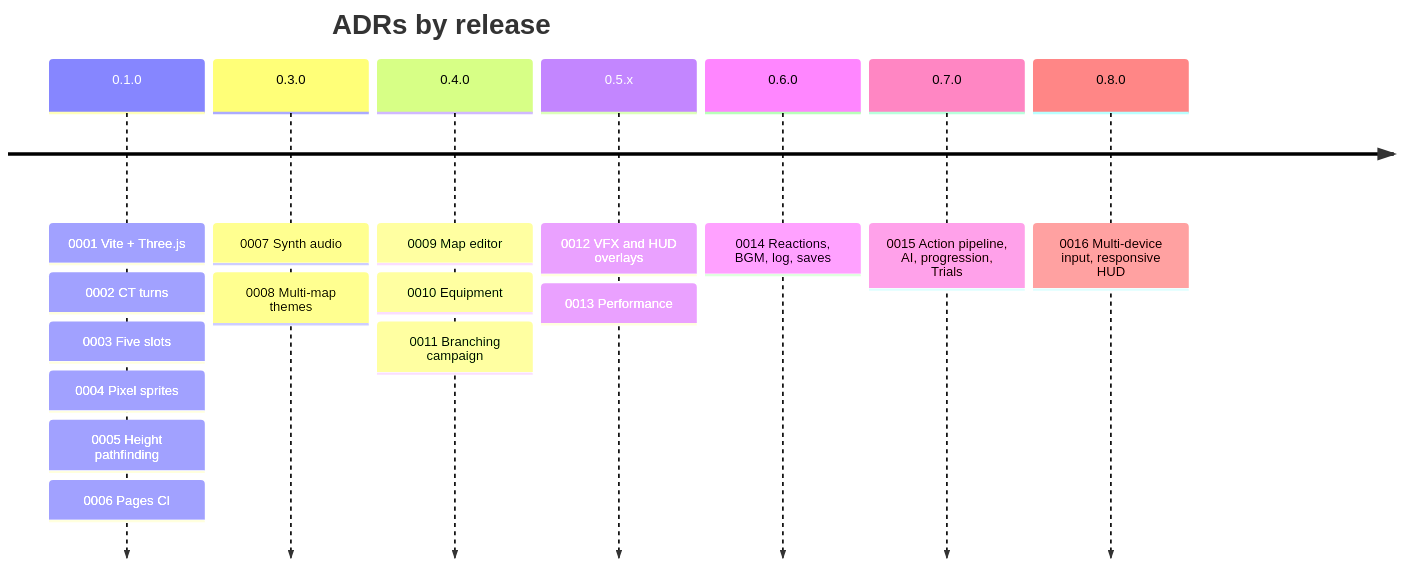
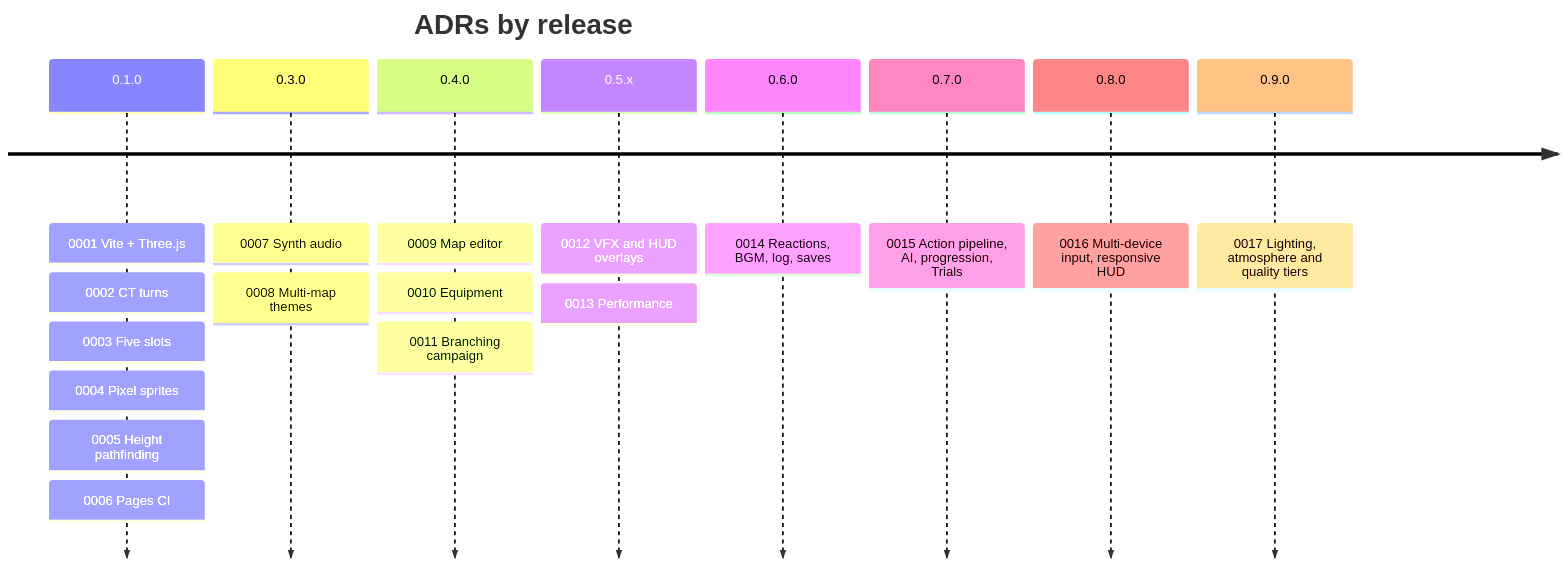
The second of 2 diagrams in docs/README.md (CptNope/Chess-RPG-Tactics), drawn with Mermaid before and after one commit. The commit also changed other lines of this file and 27 other files, not shown here.

First line of the commit message:
0.9.0: original character names, MIT license, graphics upgrade

````diff
--- a/docs/README.md
+++ b/docs/README.md
@@ -52,11 +52,12 @@
 ```mermaid
 timeline
     title ADRs by release
     0.1.0 : 0001 Vite + Three.js : 0002 CT turns : 0003 Five slots : 0004 Pixel sprites : 0005 Height pathfinding : 0006 Pages CI
     0.3.0 : 0007 Synth audio : 0008 Multi-map themes
     0.4.0 : 0009 Map editor : 0010 Equipment : 0011 Branching campaign
     0.5.x : 0012 VFX and HUD overlays : 0013 Performance
     0.6.0 : 0014 Reactions, BGM, log, saves
     0.7.0 : 0015 Action pipeline, AI, progression, Trials
     0.8.0 : 0016 Multi-device input, responsive HUD
+    0.9.0 : 0017 Lighting, atmosphere and quality tiers
 ```
````
